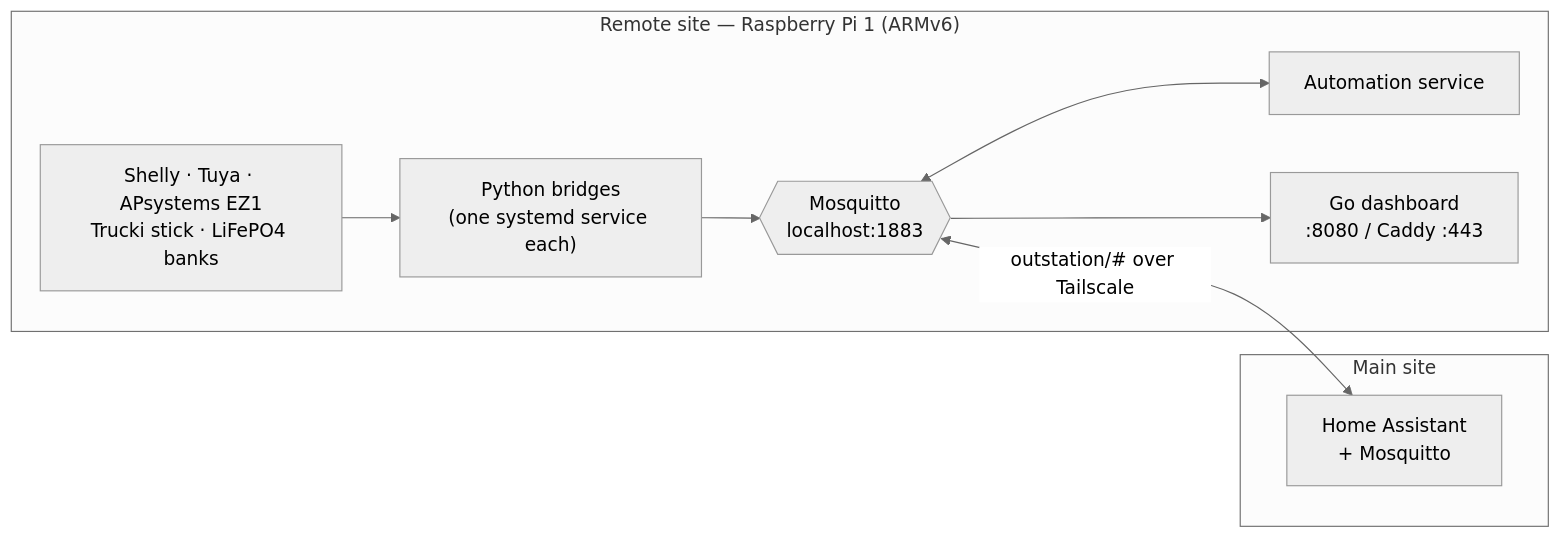
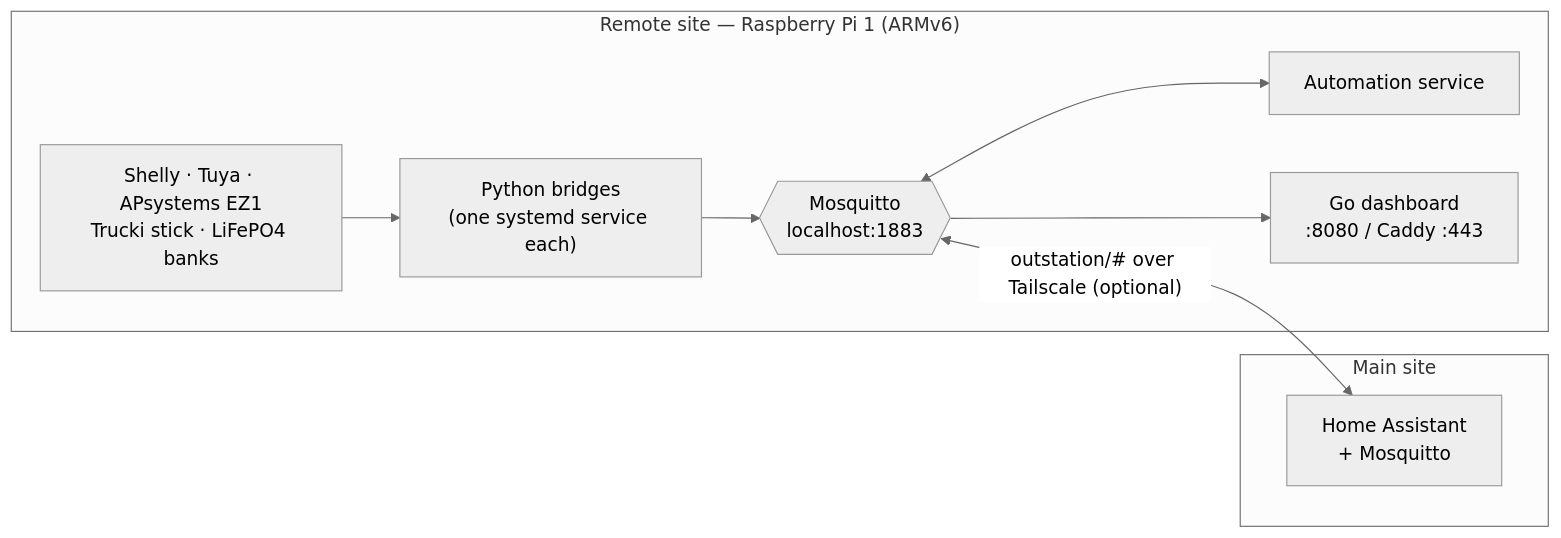
The diagram in README.md (Developer-Simon/energy-node), drawn with Mermaid (neutral theme) before and after one commit. The commit also changed other lines of this file and 43 other files, not shown here.

````diff
--- a/README.md
+++ b/README.md
@@ -60,19 +91,19 @@
 ```mermaid
 flowchart LR
     subgraph Remote["Remote site — Raspberry Pi 1 (ARMv6)"]
         DEV["Shelly · Tuya · APsystems EZ1<br/>Trucki stick · LiFePO4 banks"]
         BR["Python bridges<br/>(one systemd service each)"]
         MQ{{"Mosquitto<br/>localhost:1883"}}
         AUT["Automation service"]
         DASH["Go dashboard<br/>:8080 / Caddy :443"]
         DEV --> BR --> MQ
         MQ <--> AUT
         MQ --> DASH
     end
 
-    MQ <-->|"outstation/# over Tailscale"| HA
+    MQ <-->|"outstation/# over Tailscale (optional)"| HA
 
     subgraph Main["Main site"]
         HA["Home Assistant<br/>+ Mosquitto"]
     end
 ```
````
